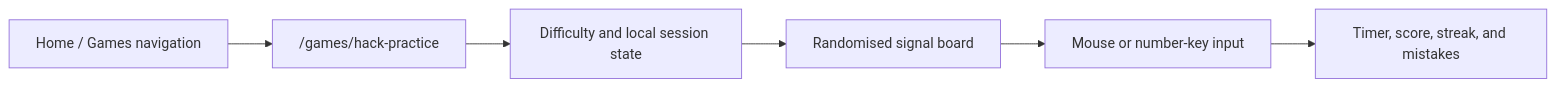
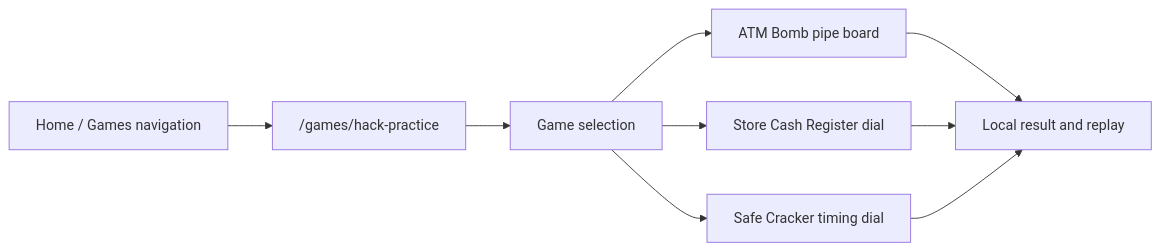
The third of 5 diagrams in docs/PROJECT_MAP.md (Pxpe123/FiveMesh), drawn with Mermaid before and after one commit. The commit also changed 11 other files, not shown here.

First line of the commit message:
Add Safe Cracker practice game

````diff
--- a/docs/PROJECT_MAP.md
+++ b/docs/PROJECT_MAP.md
@@ -57,8 +57,11 @@
 ```mermaid
 flowchart LR
     Home["Home / Games navigation"] --> Hack["/games/hack-practice"]
-    Hack --> Difficulty["Difficulty and local session state"]
-    Difficulty --> Board["Randomised signal board"]
-    Board --> Input["Mouse or number-key input"]
-    Input --> Result["Timer, score, streak, and mistakes"]
+    Hack --> Menu["Game selection"]
+    Menu --> ATM["ATM Bomb pipe board"]
+    Menu --> Store["Store Cash Register dial"]
+    Menu --> Safe["Safe Cracker timing dial"]
+    ATM --> Result["Local result and replay"]
+    Store --> Result
+    Safe --> Result
 ```
````
